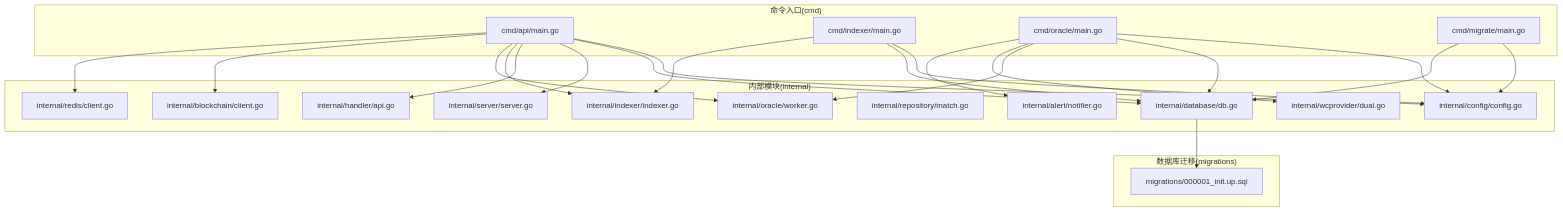
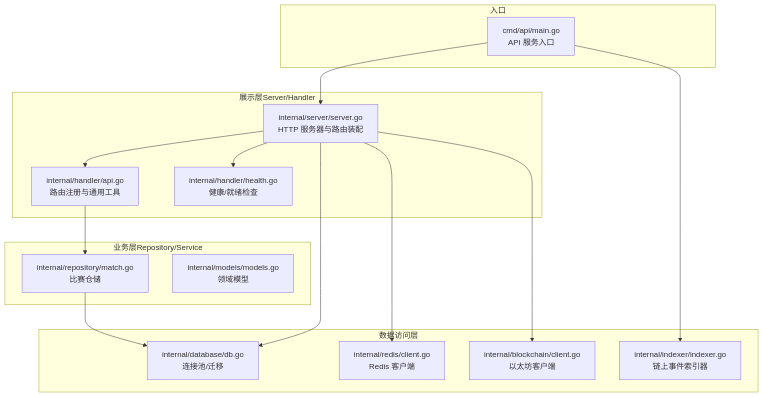
One commit to SimonHofman/PredictionDIDSimple changed the first of 8 diagrams in backend/.qoder/repowiki/zh/content/架构设计/整体架构.md. Above: the diagram before and after it, drawn with Mermaid. The commit also changed other lines of this file and 162 other files, not shown here.

````diff
--- a/backend/.qoder/repowiki/zh/content/架构设计/整体架构.md
+++ b/backend/.qoder/repowiki/zh/content/架构设计/整体架构.md
@@ -42,44 +55,30 @@
 ```mermaid
 graph TB
-subgraph "命令入口(cmd)"
-API["cmd/api/main.go"]
-IDX["cmd/indexer/main.go"]
-ORA["cmd/oracle/main.go"]
-MIG["cmd/migrate/main.go"]
+subgraph "入口"
+API_MAIN["cmd/api/main.go<br/>API 服务入口"]
 end
-subgraph "内部模块(internal)"
-CFG["internal/config/config.go"]
-DB["internal/database/db.go"]
-SRV["internal/server/server.go"]
-HND["internal/handler/api.go"]
-IDXMOD["internal/indexer/indexer.go"]
-ORAMOD["internal/oracle/worker.go"]
-MATCH["internal/repository/match.go"]
-BC["internal/blockchain/client.go"]
-REDIS["internal/redis/client.go"]
-DUAL["internal/wcprovider/dual.go"]
-ALERT["internal/alert/notifier.go"]
+subgraph "展示层Server/Handler"
+SERVER["internal/server/server.go<br/>HTTP 服务器与路由装配"]
+HANDLER_API["internal/handler/api.go<br/>路由注册与通用工具"]
+HANDLER_HEALTH["internal/handler/health.go<br/>健康/就绪检查"]
 end
-subgraph "数据库迁移(migrations)"
-MIGSQL["migrations/000001_init.up.sql"]
+subgraph "业务层Repository/Service"
+REPO_MATCH["internal/repository/match.go<br/>比赛仓储"]
+MODELS["internal/models/models.go<br/>领域模型"]
 end
-API --> CFG
-API --> DB
-API --> SRV
-API --> HND
-API --> IDXMOD
-API --> ORAMOD
-API --> BC
-API --> REDIS
-IDX --> CFG
-IDX --> DB
-IDX --> IDXMOD
-ORA --> CFG
-ORA --> DB
-ORA --> ORAMOD
-ORA --> DUAL
-ORA --> ALERT
-MIG --> CFG
-MIG --> DB
-DB --> MIGSQL
+subgraph "数据访问层"
+DB["internal/database/db.go<br/>连接池/迁移"]
+REDIS["internal/redis/client.go<br/>Redis 客户端"]
+BLOCKCHAIN["internal/blockchain/client.go<br/>以太坊客户端"]
+INDEXER["internal/indexer/indexer.go<br/>链上事件索引器"]
+end
+API_MAIN --> SERVER
+SERVER --> HANDLER_API
+SERVER --> HANDLER_HEALTH
+HANDLER_API --> REPO_MATCH
+REPO_MATCH --> DB
+SERVER --> DB
+SERVER --> REDIS
+SERVER --> BLOCKCHAIN
+API_MAIN --> INDEXER
 ```
````
